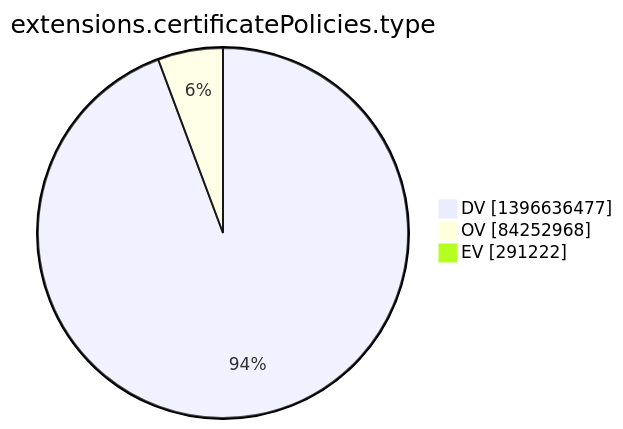
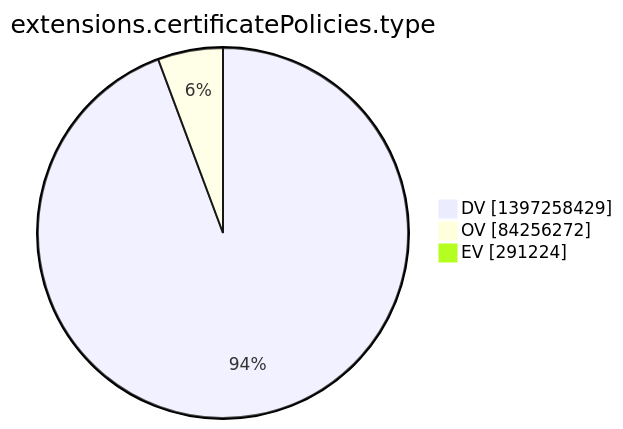
Before and after one commit to christiankrug/ctmonitor_visualization: the tenth of 15 diagrams in argon2022/README.md, drawn with Mermaid. The commit also changed other lines of this file, not shown here.

````diff
--- a/argon2022/README.md
+++ b/argon2022/README.md
@@ -2773,7 +2773,7 @@
 ```mermaid
 pie showData
 title extensions.certificatePolicies.type
-"DV" :1396636477
-"OV" :84252968
-"EV" :291222
+"DV" :1397258429
+"OV" :84256272
+"EV" :291224
 ```
````
